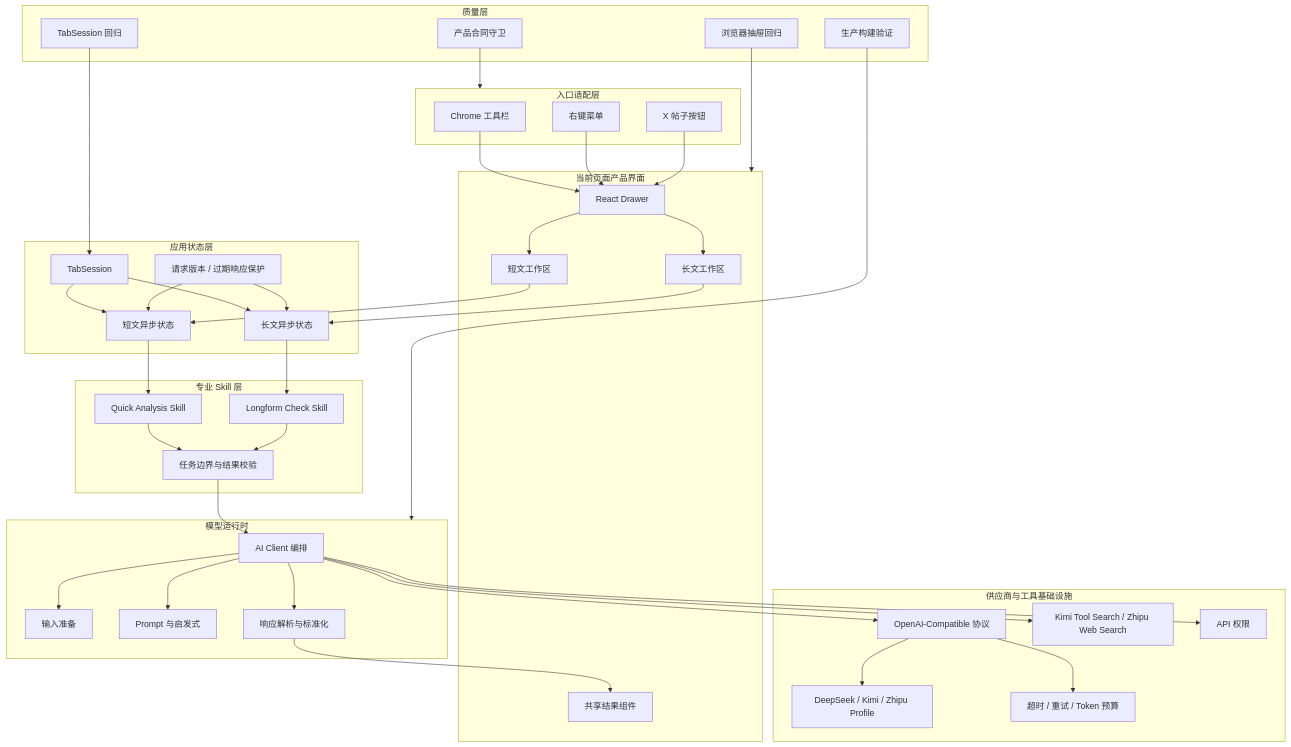
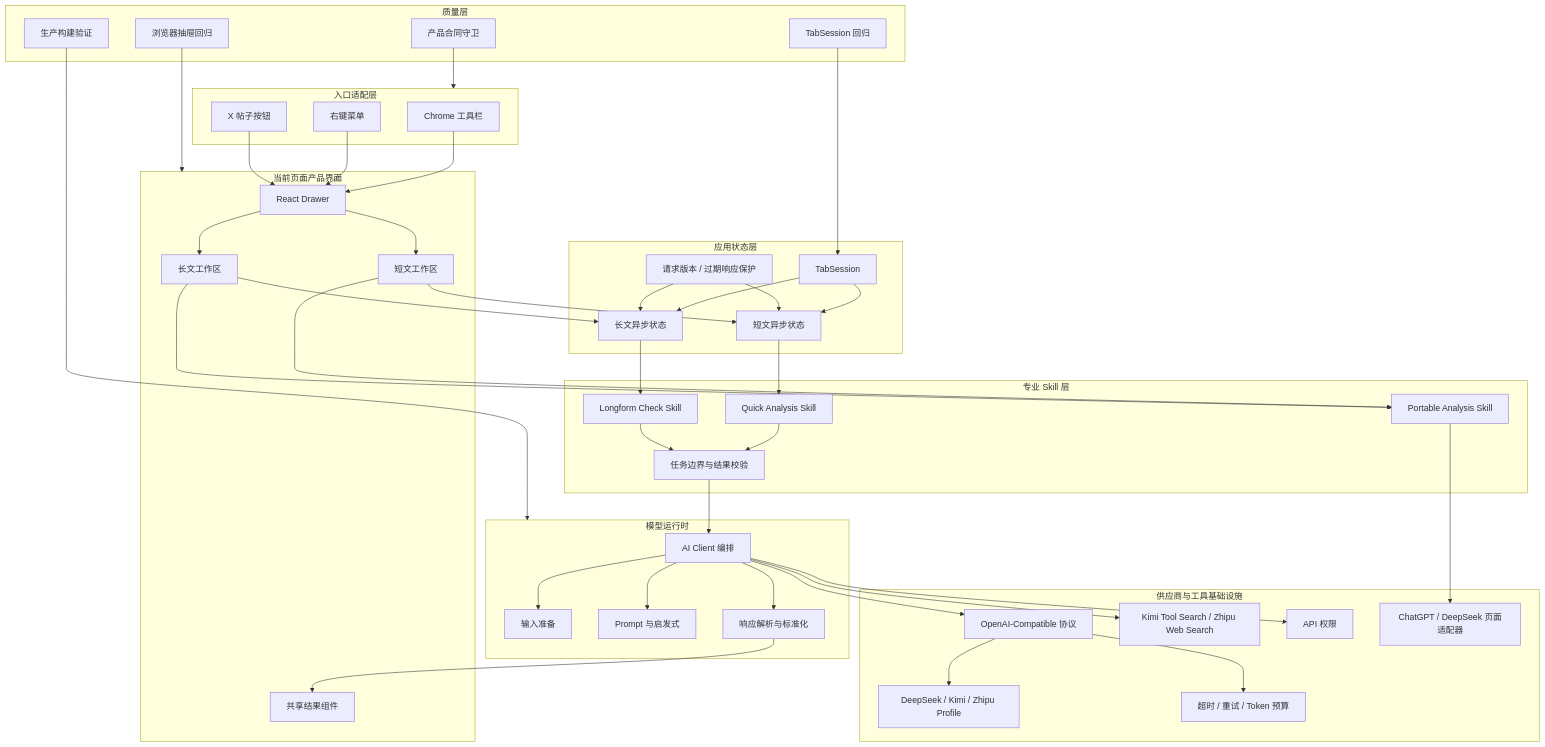
One commit to tcitrhao/reality-splitter changed the diagram in docs/PRODUCT_TECH_ARCHITECTURE.md. Above: the diagram before and after it, drawn with Mermaid. The commit also changed other lines of this file and 32 other files, not shown here.

```diff
--- a/docs/PRODUCT_TECH_ARCHITECTURE.md
+++ b/docs/PRODUCT_TECH_ARCHITECTURE.md
@@ -72,6 +73,7 @@
         D1["Quick Analysis Skill"]
         D2["Longform Check Skill"]
         D3["任务边界与结果校验"]
+        D4["Portable Analysis Skill"]
     end
 
     subgraph RUNTIME["模型运行时"]
@@ -87,6 +89,7 @@
         F3["超时 / 重试 / Token 预算"]
         F4["Kimi Tool Search / Zhipu Web Search"]
         F5["API 权限"]
+        F6["ChatGPT / DeepSeek 页面适配器"]
     end
 
     subgraph QUALITY["质量层"]
@@ -103,6 +106,8 @@
     B1 --> B3
     B2 --> C2
     B3 --> C3
+    B2 --> D4
+    B3 --> D4
     C1 --> C2
     C1 --> C3
     C4 --> C2
@@ -120,6 +125,7 @@
     F1 --> F3
     E1 --> F4
     E1 --> F5
+    D4 --> F6
     E4 --> B4
     G1 --> ENTRY
     G2 --> C1
```
